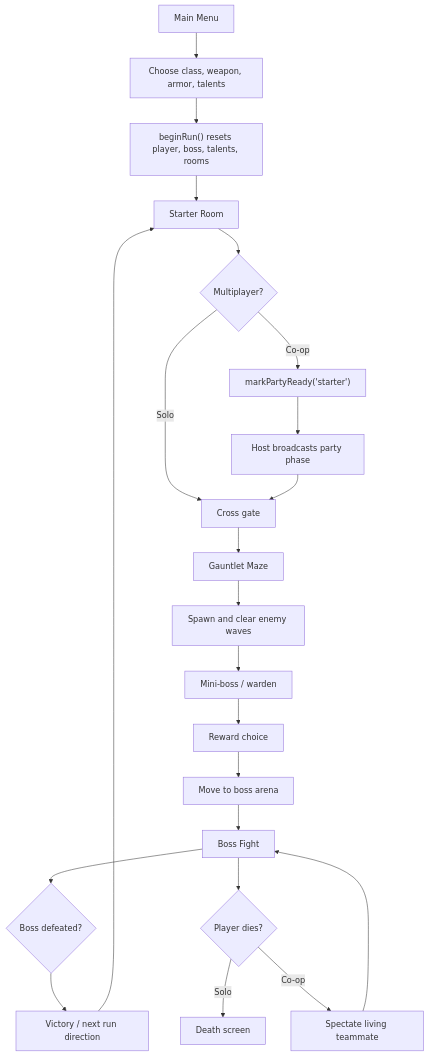
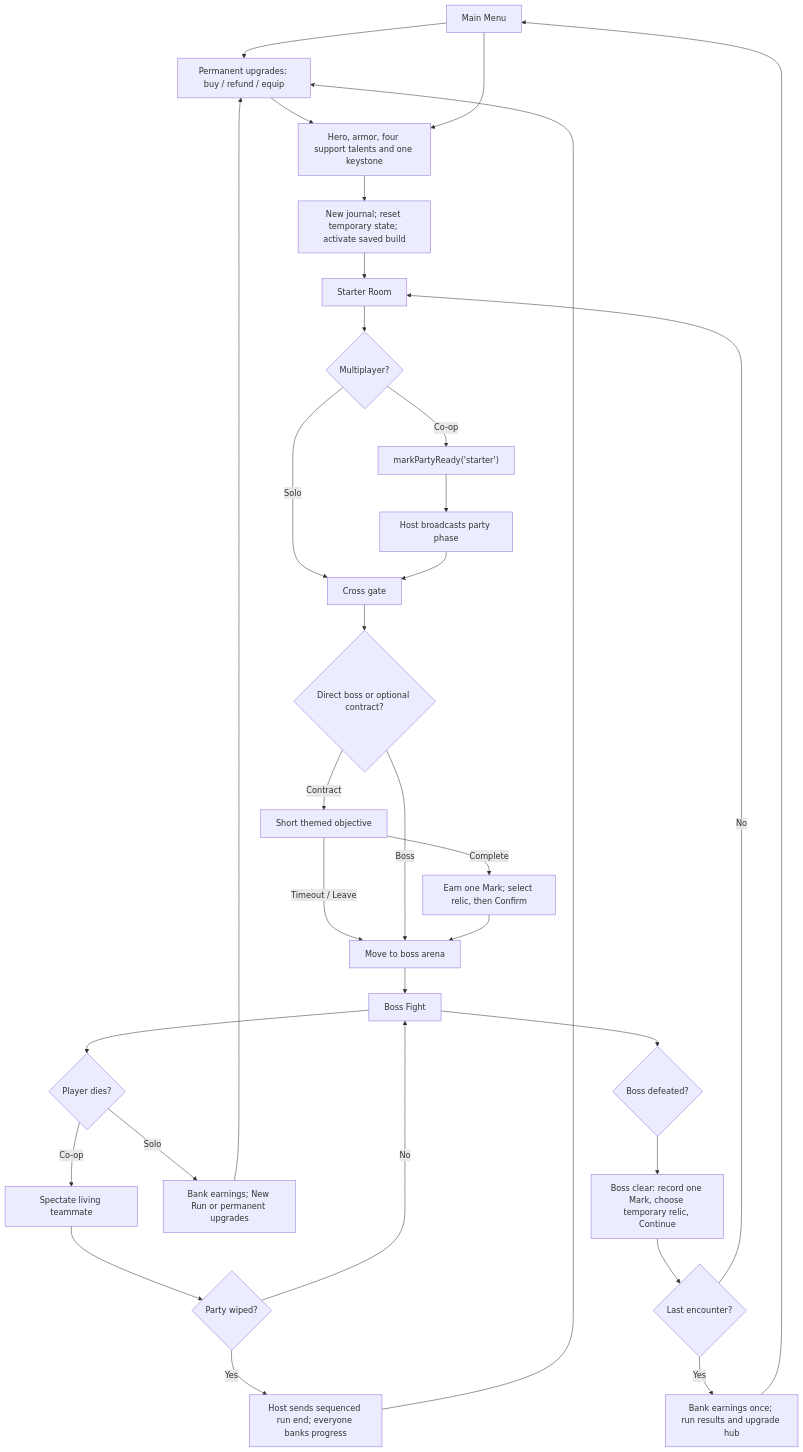
Before and after one commit to Sheldonite/MosterFastFood: the first of 5 diagrams in GAME_FLOW.md, drawn with Mermaid. The commit also changed other lines of this file and 186 other files, not shown here.

````diff
--- a/GAME_FLOW.md
+++ b/GAME_FLOW.md
@@ -9,24 +9,34 @@
 ```mermaid
 flowchart TD
-  Menu["Main Menu"] --> Build["Choose class, weapon, armor, talents"]
-  Build --> RunStart["beginRun() resets player, boss, talents, rooms"]
+  Menu["Main Menu"] --> Hub["Permanent upgrades: buy / refund / equip"]
+  Hub --> Build["Hero, armor, four support talents and one keystone"]
+  Menu --> Build
+  Build --> RunStart["New journal; reset temporary state; activate saved build"]
   RunStart --> Starter["Starter Room"]
   Starter --> Ready{"Multiplayer?"}
   Ready -->|Solo| Gate["Cross gate"]
   Ready -->|Co-op| PartyReady["markPartyReady('starter')"]
   PartyReady --> PhaseGate["Host broadcasts party phase"]
   PhaseGate --> Gate
-  Gate --> Gauntlet["Gauntlet Maze"]
-  Gauntlet --> Waves["Spawn and clear enemy waves"]
-  Waves --> MiniBoss["Mini-boss / warden"]
-  MiniBoss --> Reward["Reward choice"]
+  Gate --> Route{"Direct boss or optional contract?"}
+  Route -->|Contract| Gauntlet["Short themed objective"]
+  Gauntlet -->|Complete| Reward["Earn one Mark; select relic, then Confirm"]
+  Gauntlet -->|Timeout / Leave| ArenaReady
+  Route -->|Boss| ArenaReady
   Reward --> ArenaReady["Move to boss arena"]
   ArenaReady --> BossFight["Boss Fight"]
   BossFight --> Win{"Boss defeated?"}
   BossFight --> Death{"Player dies?"}
-  Win --> Victory["Victory / next run direction"]
-  Death -->|Solo| GameOver["Death screen"]
+  Win --> Intermission["Boss clear: record one Mark, choose temporary relic, Continue"]
+  Intermission --> Final{"Last encounter?"}
+  Final -->|No| Starter
+  Final -->|Yes| Victory["Bank earnings once; run results and upgrade hub"]
+  Death -->|Solo| GameOver["Bank earnings; New Run or permanent upgrades"]
   Death -->|Co-op| Spectate["Spectate living teammate"]
-  Spectate --> BossFight
-  Victory --> Starter
+  Spectate --> Wipe{"Party wiped?"}
+  Wipe -->|No| BossFight
+  Wipe -->|Yes| PartyEnd["Host sends sequenced run end; everyone banks progress"]
+  PartyEnd --> Hub
+  GameOver --> Hub
+  Victory --> Menu
 ```
````
